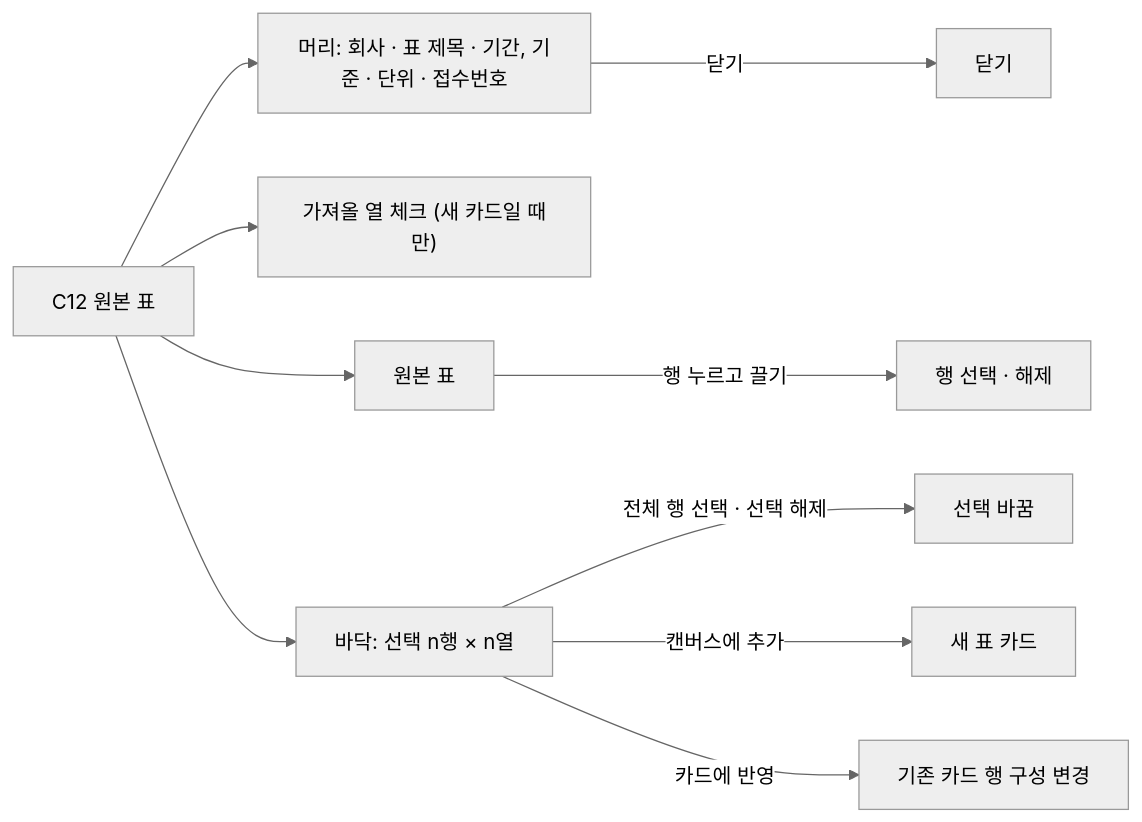
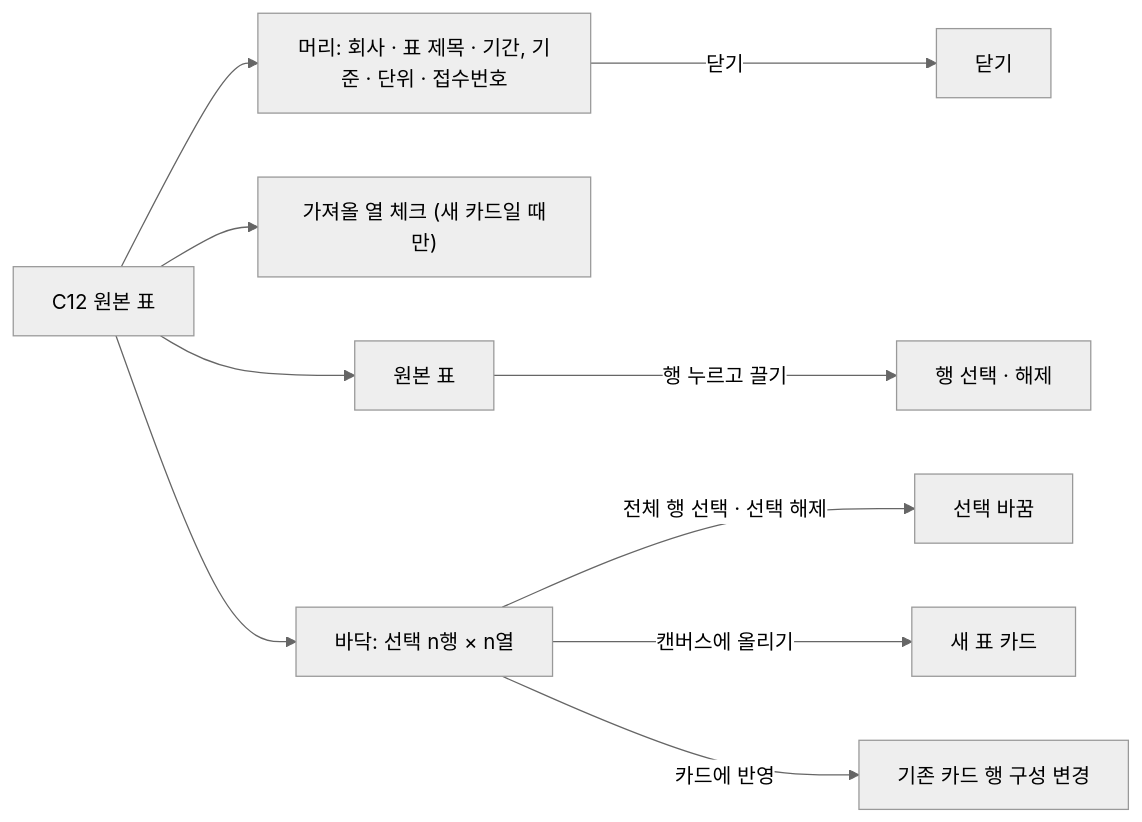
The fifth of 7 diagrams in docs/frontend/ia.md (vamos-team/telescope), drawn with Mermaid (neutral theme) before and after one commit. The commit also changed other lines of this file and 8 other files, not shown here.

````diff
--- a/docs/frontend/ia.md
+++ b/docs/frontend/ia.md
@@ -381,12 +312,12 @@
 ```mermaid
 flowchart LR
   C12["C12 원본 표"] --> H["머리: 회사 · 표 제목 · 기간, 기준 · 단위 · 접수번호"]
   C12 --> CL["가져올 열 체크 (새 카드일 때만)"]
   C12 --> TB["원본 표"]
   C12 --> F["바닥: 선택 n행 × n열"]
   TB -->|행 누르고 끌기| T1["행 선택 · 해제"]
   F -->|전체 행 선택 · 선택 해제| F1["선택 바꿈"]
-  F -->|캔버스에 추가| F2["새 표 카드"]
+  F -->|캔버스에 올리기| F2["새 표 카드"]
   F -->|카드에 반영| F3["기존 카드 행 구성 변경"]
   H -->|"닫기"| F4["닫기"]
 ```
````
